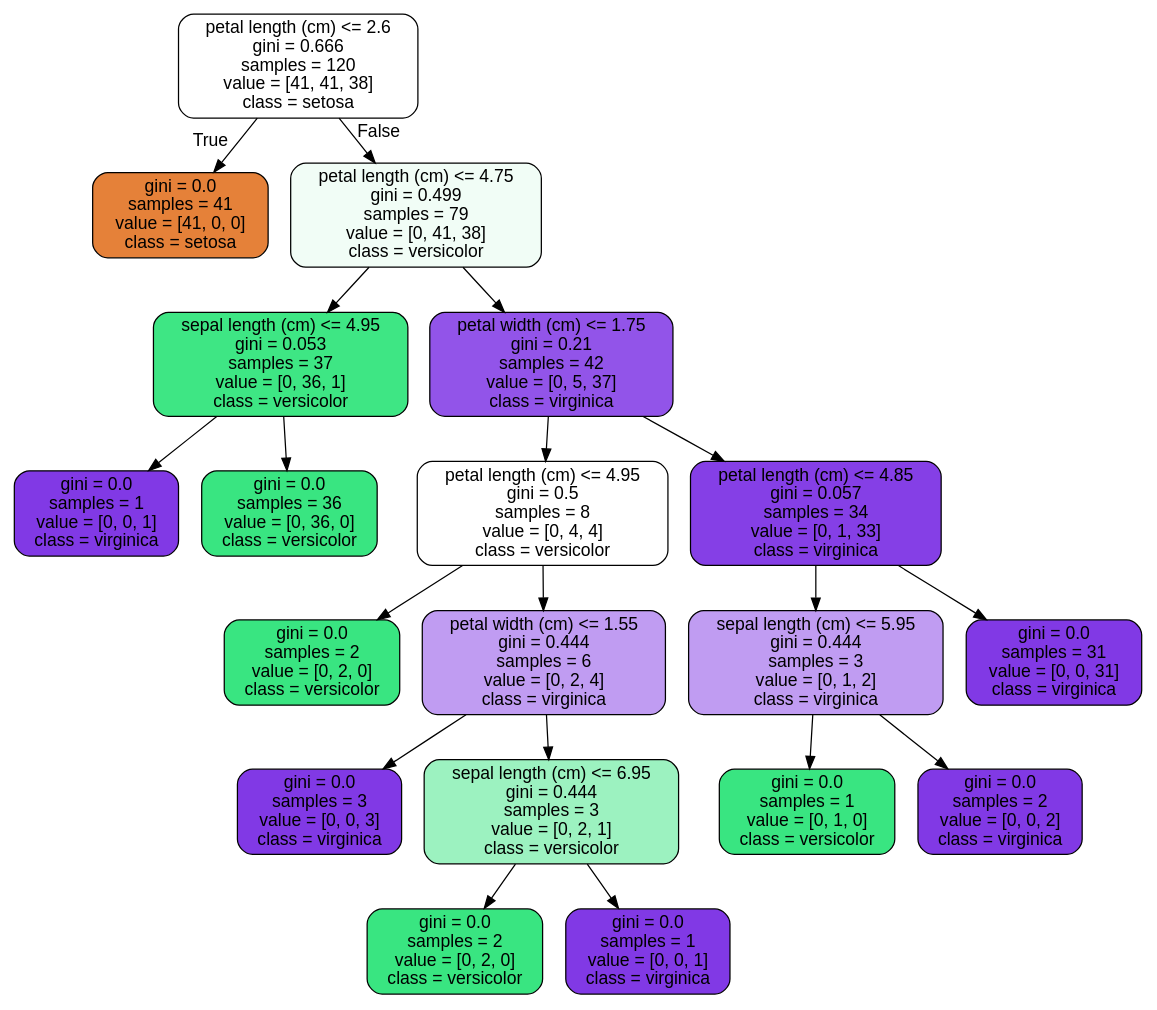
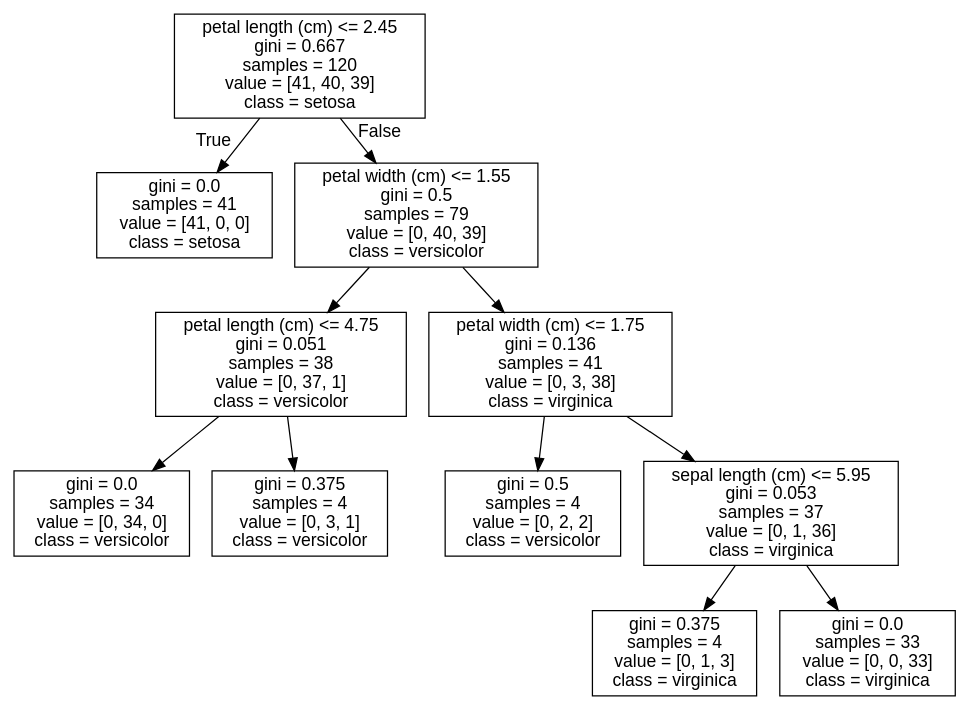
The diagram in machine-learning(scikit-learn)/tree.dot (ycr5007/SolDesk), drawn with Graphviz before and after one commit. The commit also changed 10 other files, not shown here.

```diff
--- a/machine-learning(scikit-learn)/tree.dot
+++ b/machine-learning(scikit-learn)/tree.dot
@@ -1,41 +1,25 @@
 digraph Tree {
-node [shape=box, style="filled, rounded", color="black", fontname="helvetica"] ;
+node [shape=box, fontname="helvetica"] ;
 edge [fontname="helvetica"] ;
-0 [label="petal length (cm) <= 2.6\ngini = 0.666\nsamples = 120\nvalue = [41, 41, 38]\nclass = setosa", fillcolor="#ffffff"] ;
-1 [label="gini = 0.0\nsamples = 41\nvalue = [41, 0, 0]\nclass = setosa", fillcolor="#e58139"] ;
+0 [label="petal length (cm) <= 2.45\ngini = 0.667\nsamples = 120\nvalue = [41, 40, 39]\nclass = setosa"] ;
+1 [label="gini = 0.0\nsamples = 41\nvalue = [41, 0, 0]\nclass = setosa"] ;
 0 -> 1 [labeldistance=2.5, labelangle=45, headlabel="True"] ;
-2 [label="petal length (cm) <= 4.75\ngini = 0.499\nsamples = 79\nvalue = [0, 41, 38]\nclass = versicolor", fillcolor="#f1fdf6"] ;
+2 [label="petal width (cm) <= 1.55\ngini = 0.5\nsamples = 79\nvalue = [0, 40, 39]\nclass = versicolor"] ;
 0 -> 2 [labeldistance=2.5, labelangle=-45, headlabel="False"] ;
-3 [label="sepal length (cm) <= 4.95\ngini = 0.053\nsamples = 37\nvalue = [0, 36, 1]\nclass = versicolor", fillcolor="#3ee684"] ;
+3 [label="petal length (cm) <= 4.75\ngini = 0.051\nsamples = 38\nvalue = [0, 37, 1]\nclass = versicolor"] ;
 2 -> 3 ;
-4 [label="gini = 0.0\nsamples = 1\nvalue = [0, 0, 1]\nclass = virginica", fillcolor="#8139e5"] ;
+4 [label="gini = 0.0\nsamples = 34\nvalue = [0, 34, 0]\nclass = versicolor"] ;
 3 -> 4 ;
-5 [label="gini = 0.0\nsamples = 36\nvalue = [0, 36, 0]\nclass = versicolor", fillcolor="#39e581"] ;
+5 [label="gini = 0.375\nsamples = 4\nvalue = [0, 3, 1]\nclass = versicolor"] ;
 3 -> 5 ;
-6 [label="petal width (cm) <= 1.75\ngini = 0.21\nsamples = 42\nvalue = [0, 5, 37]\nclass = virginica", fillcolor="#9254e9"] ;
+6 [label="petal width (cm) <= 1.75\ngini = 0.136\nsamples = 41\nvalue = [0, 3, 38]\nclass = virginica"] ;
 2 -> 6 ;
-7 [label="petal length (cm) <= 4.95\ngini = 0.5\nsamples = 8\nvalue = [0, 4, 4]\nclass = versicolor", fillcolor="#ffffff"] ;
+7 [label="gini = 0.5\nsamples = 4\nvalue = [0, 2, 2]\nclass = versicolor"] ;
 6 -> 7 ;
-8 [label="gini = 0.0\nsamples = 2\nvalue = [0, 2, 0]\nclass = versicolor", fillcolor="#39e581"] ;
-7 -> 8 ;
-9 [label="petal width (cm) <= 1.55\ngini = 0.444\nsamples = 6\nvalue = [0, 2, 4]\nclass = virginica", fillcolor="#c09cf2"] ;
-7 -> 9 ;
-10 [label="gini = 0.0\nsamples = 3\nvalue = [0, 0, 3]\nclass = virginica", fillcolor="#8139e5"] ;
-9 -> 10 ;
-11 [label="sepal length (cm) <= 6.95\ngini = 0.444\nsamples = 3\nvalue = [0, 2, 1]\nclass = versicolor", fillcolor="#9cf2c0"] ;
-9 -> 11 ;
-12 [label="gini = 0.0\nsamples = 2\nvalue = [0, 2, 0]\nclass = versicolor", fillcolor="#39e581"] ;
-11 -> 12 ;
-13 [label="gini = 0.0\nsamples = 1\nvalue = [0, 0, 1]\nclass = virginica", fillcolor="#8139e5"] ;
-11 -> 13 ;
-14 [label="petal length (cm) <= 4.85\ngini = 0.057\nsamples = 34\nvalue = [0, 1, 33]\nclass = virginica", fillcolor="#853fe6"] ;
-6 -> 14 ;
-15 [label="sepal length (cm) <= 5.95\ngini = 0.444\nsamples = 3\nvalue = [0, 1, 2]\nclass = virginica", fillcolor="#c09cf2"] ;
-14 -> 15 ;
-16 [label="gini = 0.0\nsamples = 1\nvalue = [0, 1, 0]\nclass = versicolor", fillcolor="#39e581"] ;
-15 -> 16 ;
-17 [label="gini = 0.0\nsamples = 2\nvalue = [0, 0, 2]\nclass = virginica", fillcolor="#8139e5"] ;
-15 -> 17 ;
-18 [label="gini = 0.0\nsamples = 31\nvalue = [0, 0, 31]\nclass = virginica", fillcolor="#8139e5"] ;
-14 -> 18 ;
+8 [label="sepal length (cm) <= 5.95\ngini = 0.053\nsamples = 37\nvalue = [0, 1, 36]\nclass = virginica"] ;
+6 -> 8 ;
+9 [label="gini = 0.375\nsamples = 4\nvalue = [0, 1, 3]\nclass = virginica"] ;
+8 -> 9 ;
+10 [label="gini = 0.0\nsamples = 33\nvalue = [0, 0, 33]\nclass = virginica"] ;
+8 -> 10 ;
 }
```
